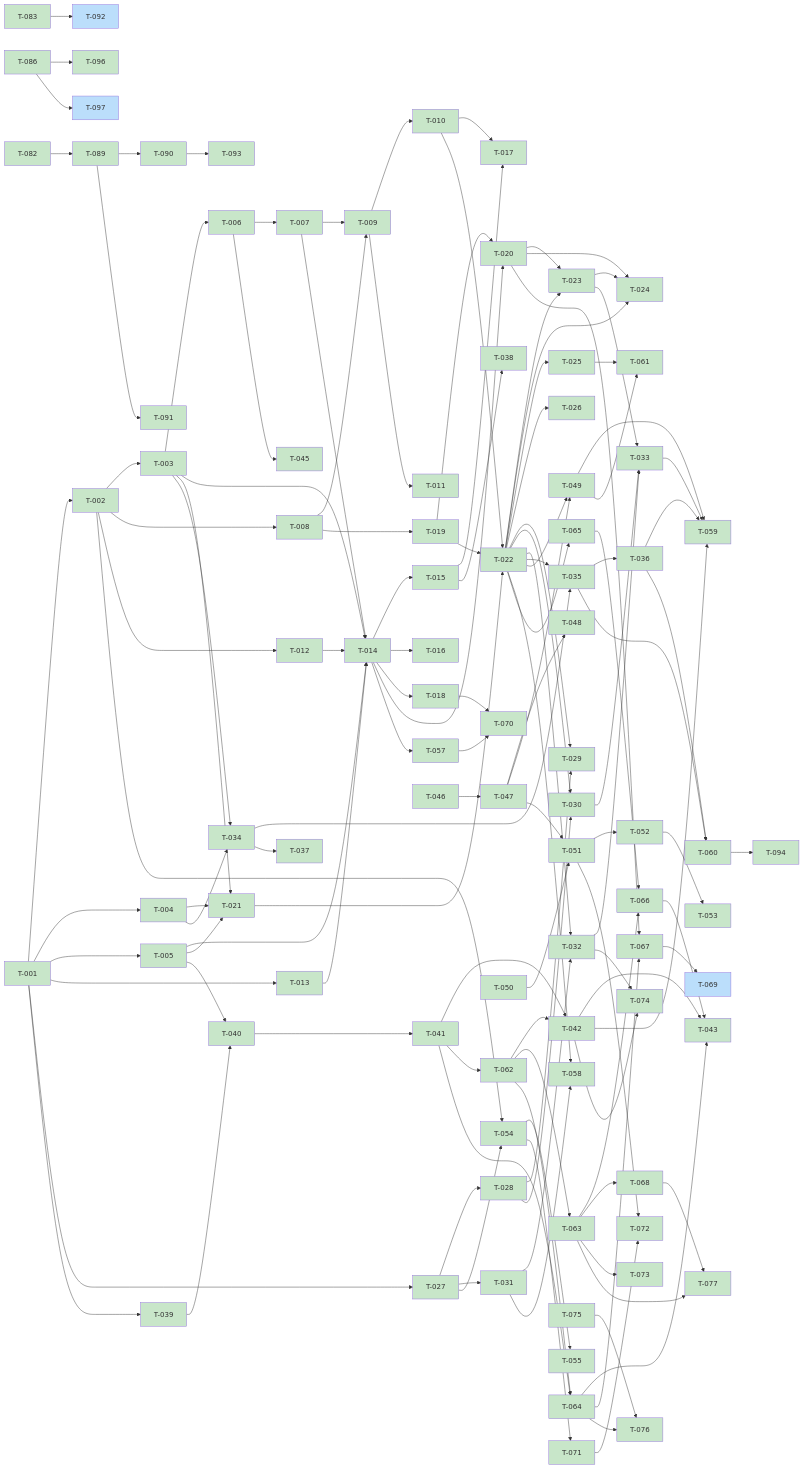
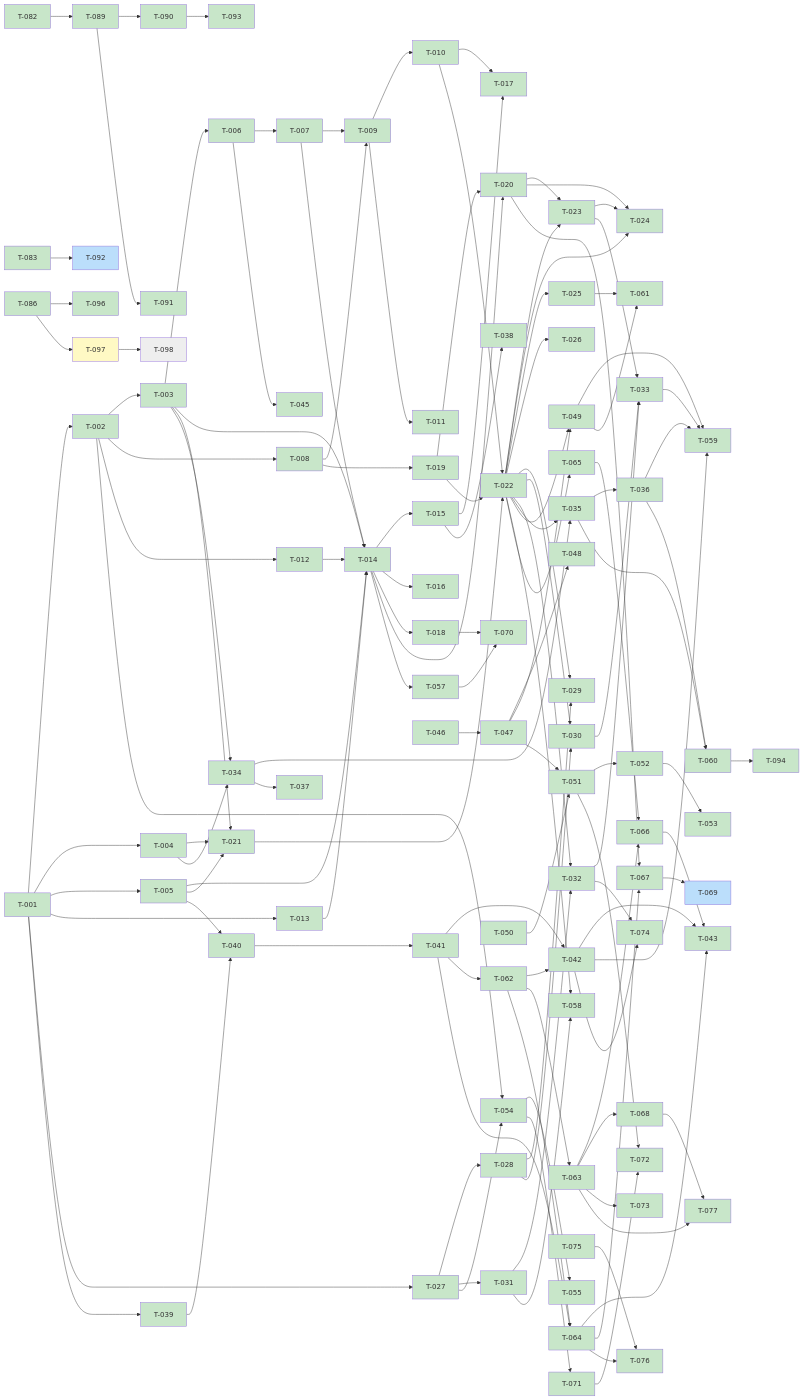
Before and after one commit to scholtz/biatec-chat: the diagram in kanban/BOARD.md, drawn with Mermaid. The commit also changed other lines of this file and 2 other files, not shown here.

Commit message:
kanban: T-097 → review, new T-098

````diff
--- a/kanban/BOARD.md
+++ b/kanban/BOARD.md
@@ -254,11 +255,14 @@
   T060[T-060] --> T094[T-094]
   T086[T-086] --> T096[T-096]
   T086[T-086] --> T097[T-097]
+  T097[T-097] --> T098[T-098]
   classDef done fill:#c8e6c9
   classDef review fill:#fff9c4
   classDef inprogress fill:#bbdefb
   classDef backlog fill:#ffffff
   classDef blocked fill:#eeeeee
   class T001,T002,T003,T004,T005,T006,T007,T008,T009,T010,T011,T012,T013,T014,T015,T016,T017,T018,T019,T020,T021,T022,T023,T024,T025,T026,T027,T028,T029,T030,T031,T032,T033,T034,T035,T036,T037,T038,T039,T040,T041,T042,T043,T044,T045,T046,T047,T048,T049,T050,T051,T052,T053,T054,T055,T056,T057,T058,T059,T060,T061,T062,T063,T064,T065,T066,T067,T068,T070,T071,T072,T073,T074,T075,T076,T077,T078,T079,T080,T081,T082,T083,T084,T086,T087,T088,T089,T090,T091,T093,T094,T095,T096 done
-  class T069,T085,T092,T097 inprogress
+  class T097 review
+  class T069,T085,T092 inprogress
+  class T098 blocked
 ```
````
